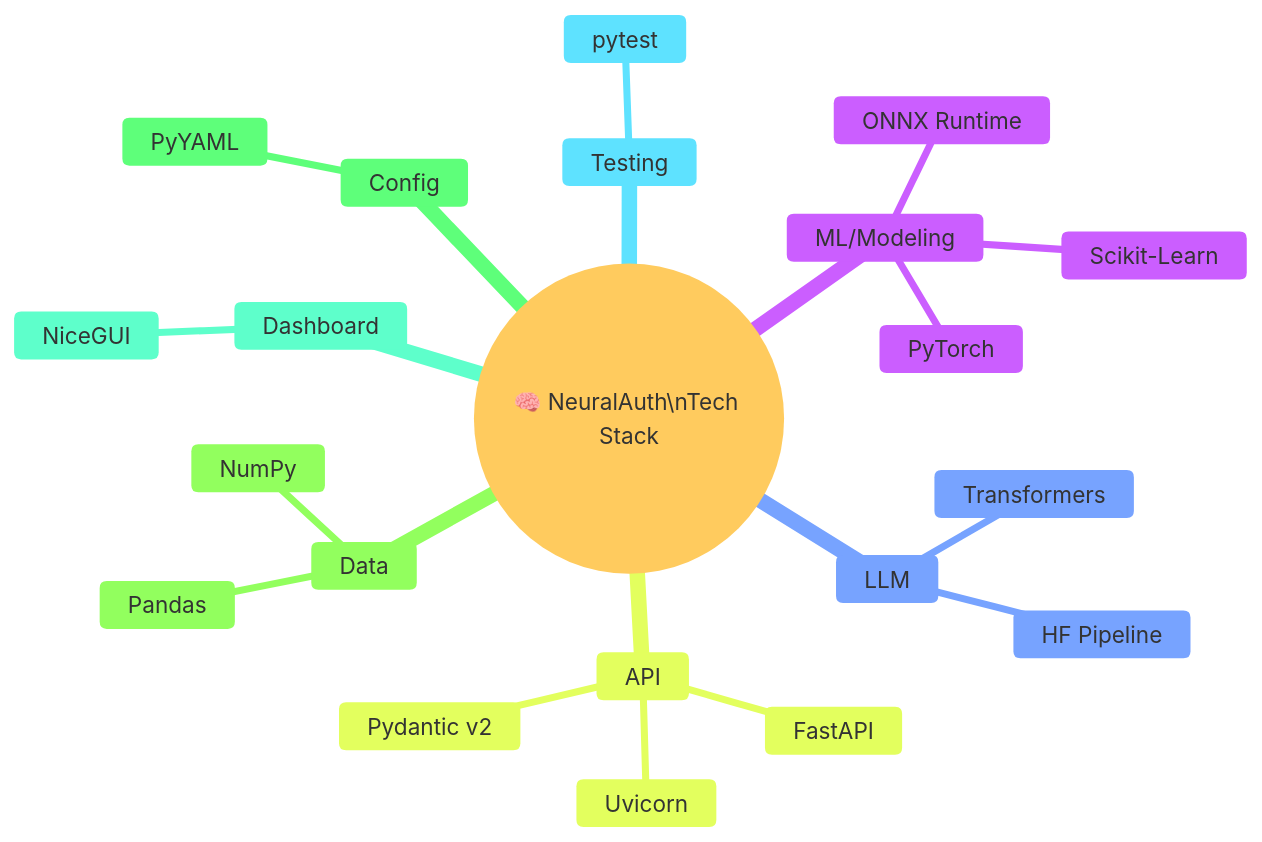
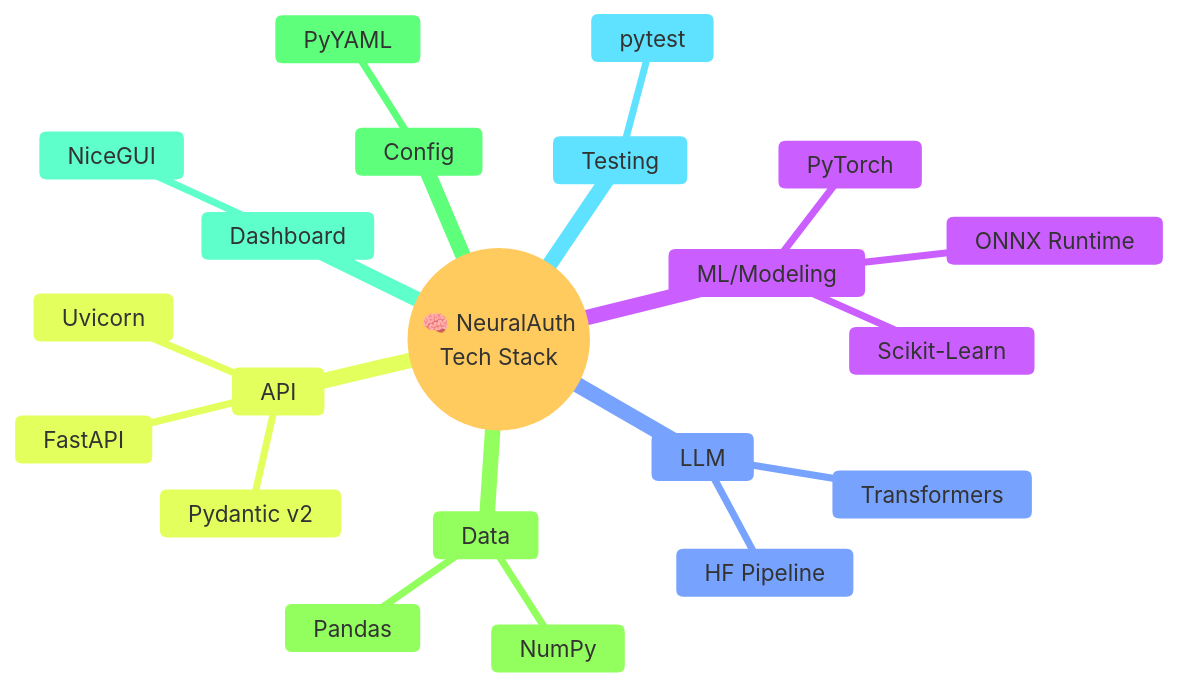
One commit to couder-04/NeuralAuth changed diagram 14 of 15 in README.md. Above: the diagram before and after it, drawn with Mermaid. The commit also changed other lines of this file, not shown here.

````diff
--- a/README.md
+++ b/README.md
@@ -700,25 +700,25 @@
 ```mermaid
 %%{init: {'theme':'base'}}%%
 mindmap
-  root(("🧠 NeuralAuth\nTech Stack"))
+  root(("🧠 NeuralAuth<br/>Tech Stack"))
     ML/Modeling
       PyTorch
       ONNX Runtime
       Scikit-Learn
     LLM
       Transformers
       HF Pipeline
     API
       FastAPI
       Uvicorn
       Pydantic v2
     Data
       NumPy
       Pandas
     Config
       PyYAML
     Dashboard
       NiceGUI
     Testing
       pytest
 ```
````
